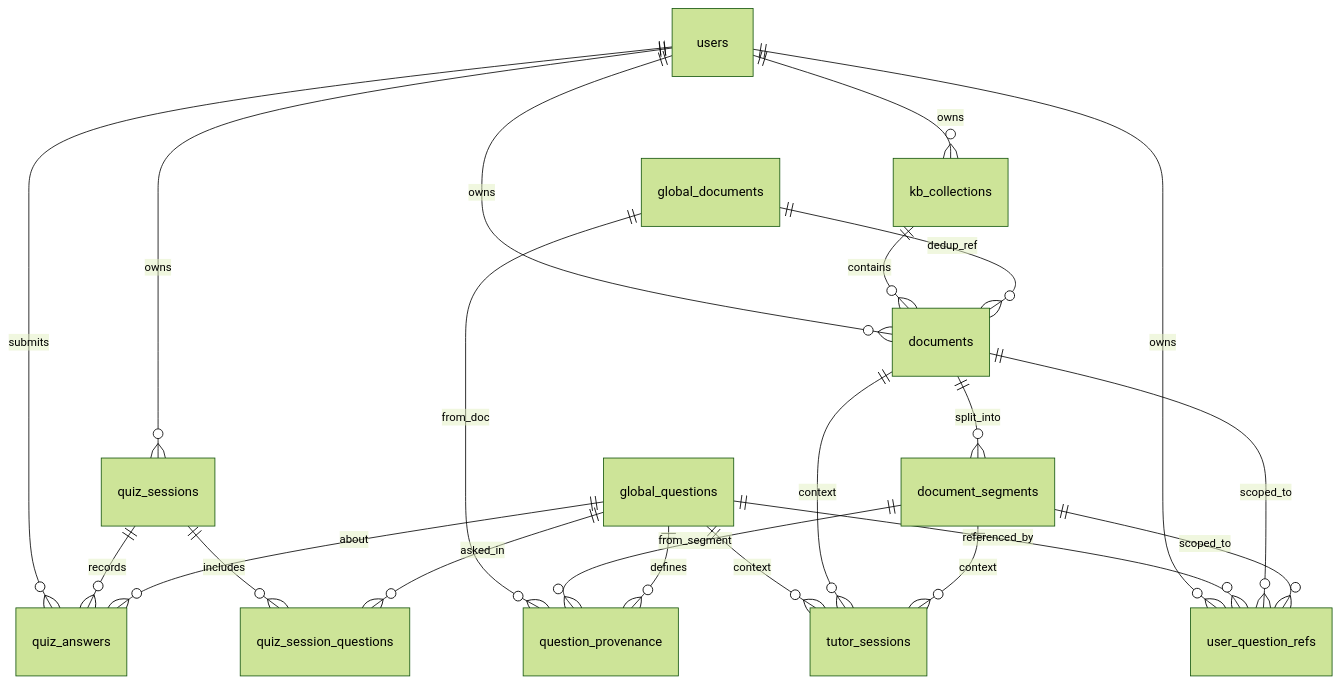
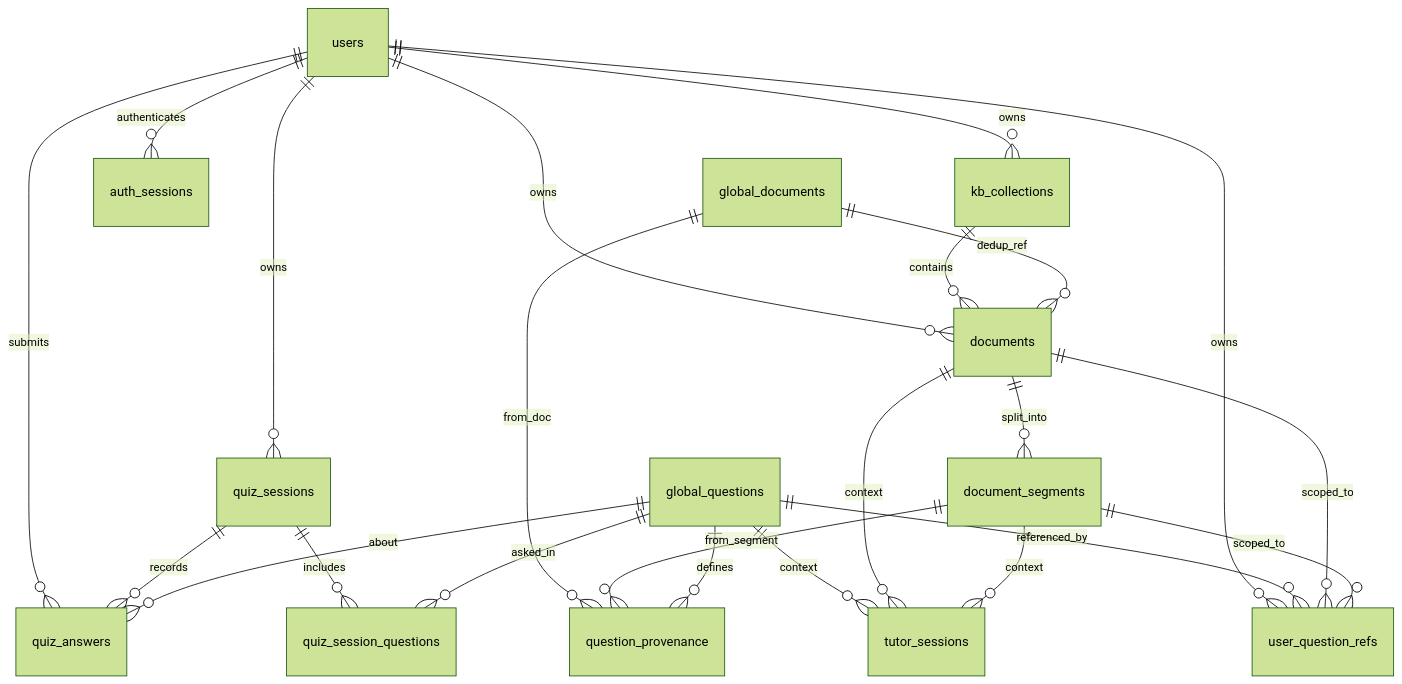
One commit to pfx43/zhixu-backend changed the diagram in zhishi-master/backend/docs/DATABASE.md. Above: the diagram before and after it, drawn with Mermaid (forest theme). The commit also changed other lines of this file and 22 other files, not shown here.

````diff
--- a/zhishi-master/backend/docs/DATABASE.md
+++ b/zhishi-master/backend/docs/DATABASE.md
@@ -40,30 +41,31 @@
 ```mermaid
 erDiagram
     users ||--o{ kb_collections : owns
     users ||--o{ documents : owns
     users ||--o{ user_question_refs : owns
     users ||--o{ quiz_sessions : owns
     users ||--o{ quiz_answers : submits
+    users ||--o{ auth_sessions : authenticates
 
     kb_collections ||--o{ documents : contains
 
     global_documents ||--o{ documents : dedup_ref
     documents ||--o{ document_segments : split_into
 
     global_documents ||--o{ question_provenance : from_doc
     document_segments ||--o{ question_provenance : from_segment
     global_questions ||--o{ question_provenance : defines
     global_questions ||--o{ user_question_refs : referenced_by
 
     documents ||--o{ user_question_refs : scoped_to
     document_segments ||--o{ user_question_refs : scoped_to
 
     quiz_sessions ||--o{ quiz_session_questions : includes
     global_questions ||--o{ quiz_session_questions : asked_in
     quiz_sessions ||--o{ quiz_answers : records
     global_questions ||--o{ quiz_answers : about
 
     global_questions ||--o{ tutor_sessions : context
     documents ||--o{ tutor_sessions : context
     document_segments ||--o{ tutor_sessions : context
 ```
````
